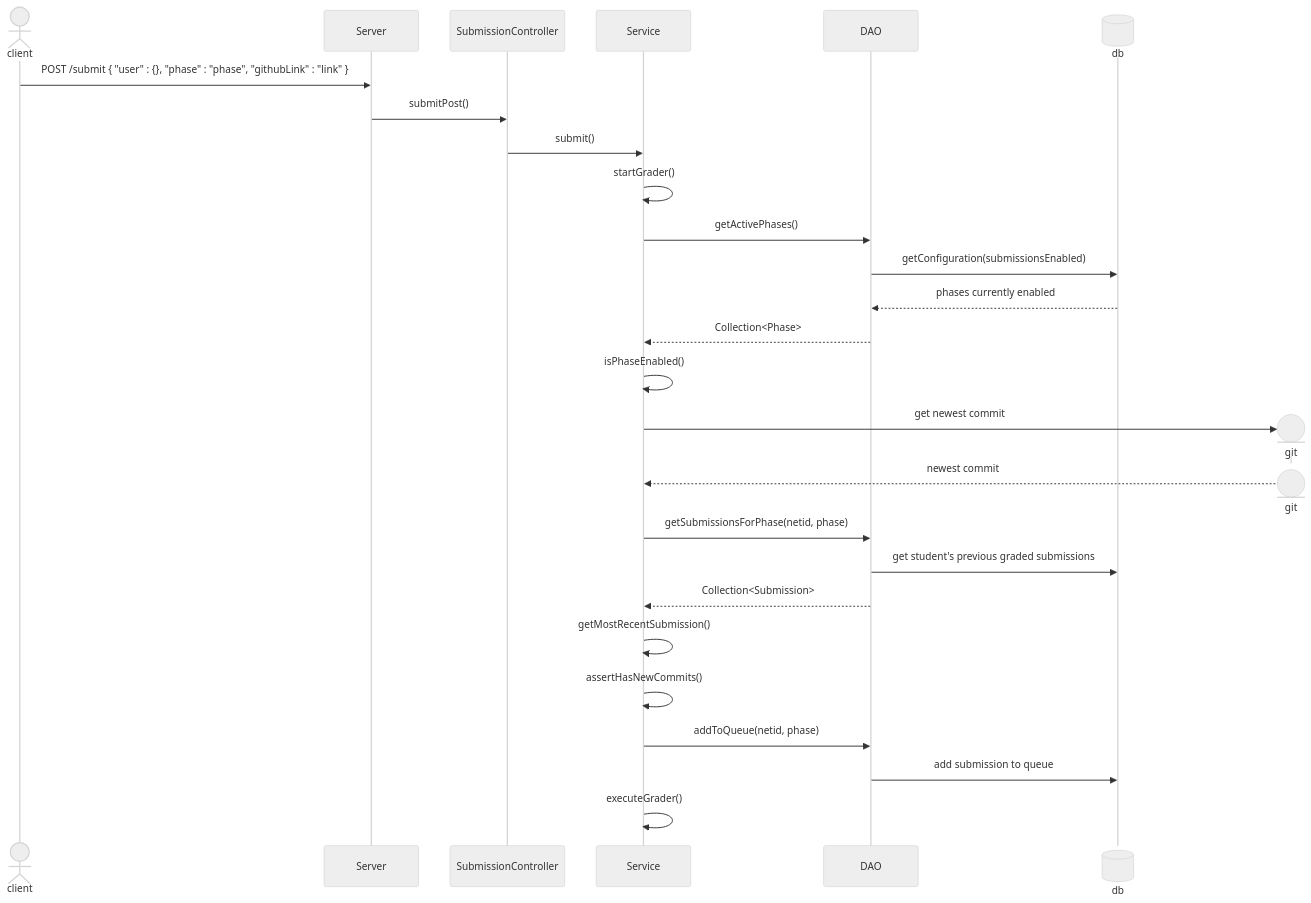
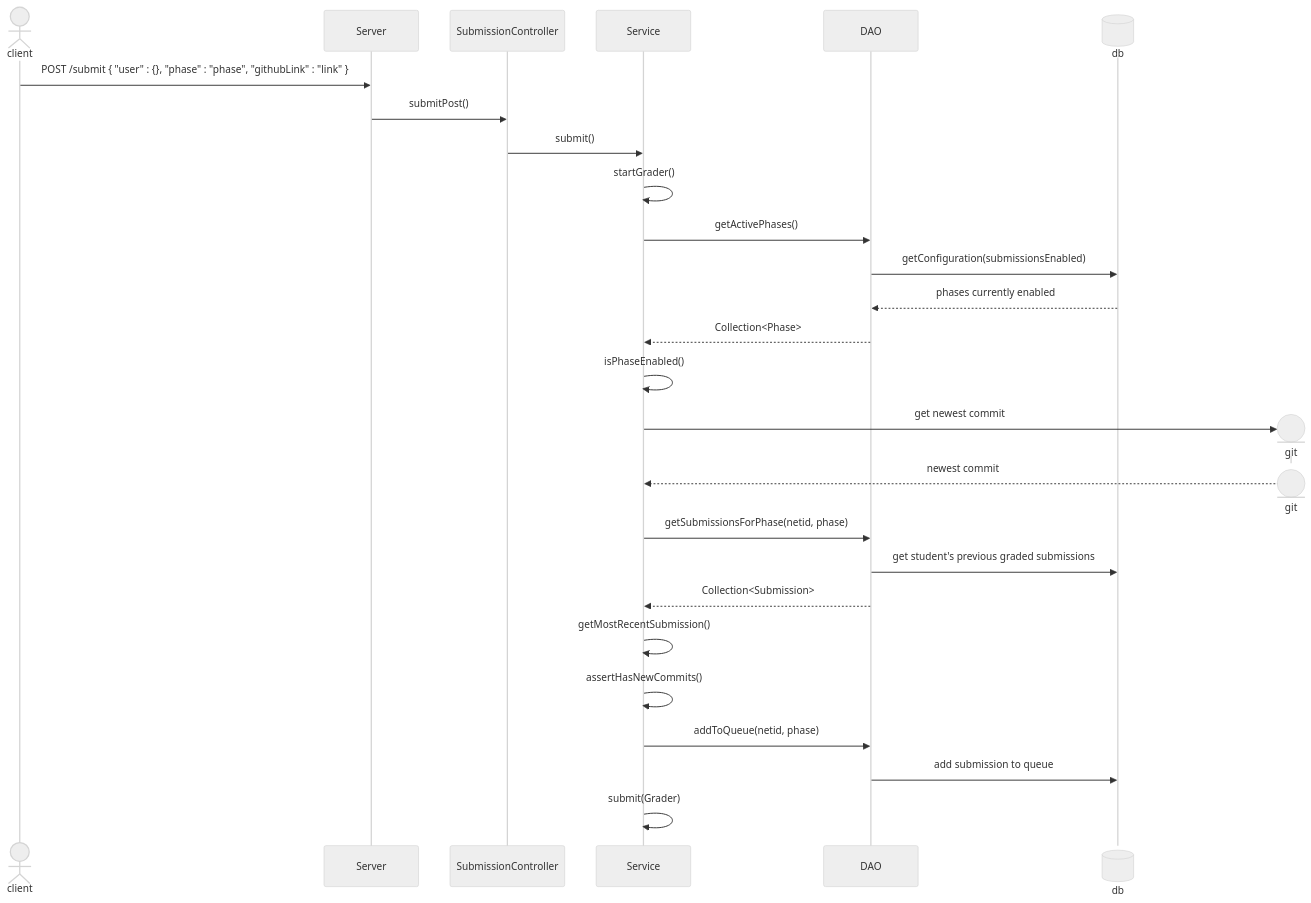
One commit to softwareconstruction240/autograder changed the first of 3 diagrams in docs/overall-grading-flow.md. Above: the diagram before and after it, drawn with Mermaid (neutral theme). The commit also changed other lines of this file, not shown here.

Commit message:
Fix diagram accuracy

````diff
--- a/docs/overall-grading-flow.md
+++ b/docs/overall-grading-flow.md
@@ -19,33 +19,33 @@
 ```mermaid
 sequenceDiagram
     actor client
     participant Server
     participant SubmissionController
     participant Service
     participant dao as DAO
     participant db@{ "type" : "database" }
     
     client->>Server:POST /submit { "user" : {}, "phase" : "phase", "githubLink" : "link" }
     Server->>SubmissionController:submitPost()
     SubmissionController->>Service:submit()
     Service->>Service:startGrader()
     Service->>dao:getActivePhases()
     dao->>db:getConfiguration(submissionsEnabled)
     db-->>dao:phases currently enabled
     dao-->>Service:Collection<Phase>
     Service->>Service:isPhaseEnabled()
     
     create participant git@{ "type" : "entity" }
     Service->>git:get newest commit
     destroy git
     git-->>Service:newest commit
     Service->>dao:getSubmissionsForPhase(netid, phase)
     dao->>db:get student's previous graded submissions
     dao-->>Service:Collection<Submission>
     Service->>Service:getMostRecentSubmission()
     Service->>Service:assertHasNewCommits()
     
     Service->>dao:addToQueue(netid, phase)
     dao->>db:add submission to queue
-    Service->>Service:executeGrader()
+    Service->>Service:submit(Grader)
 ```
````
